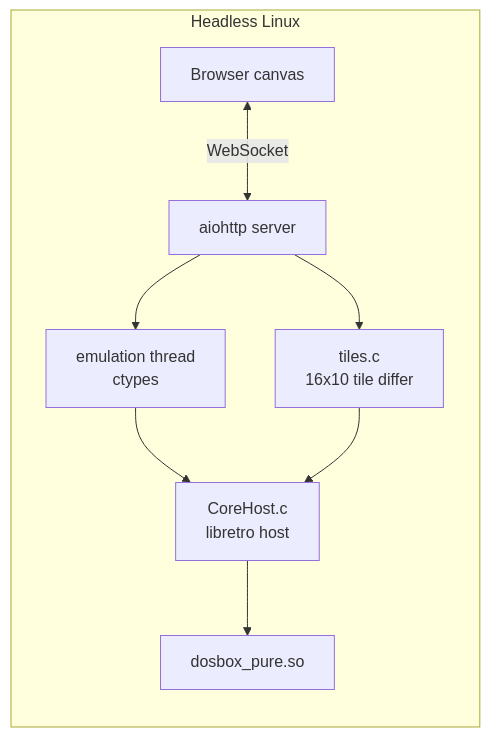
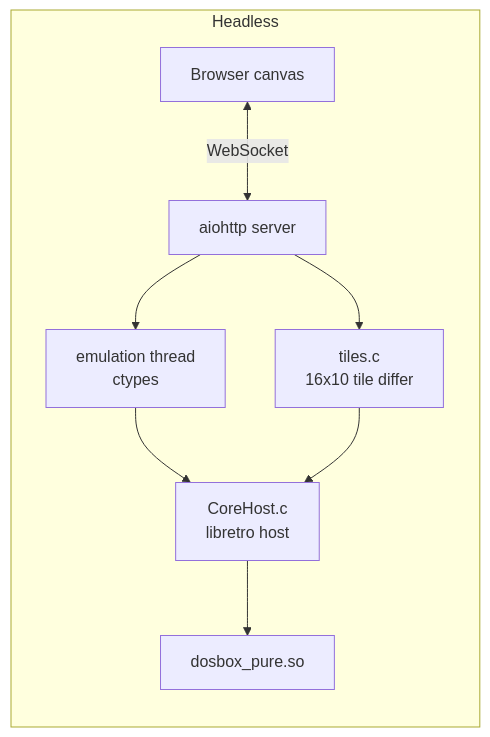
Before and after one commit to LYMDLUT/jy-crpg-bench: the third of 3 diagrams in README.md, drawn with Mermaid. The commit also changed other lines of this file and 3 other files, not shown here.

````diff
--- a/README.md
+++ b/README.md
@@ -138,12 +306,12 @@
 ```mermaid
 flowchart LR
-    subgraph web["Headless Linux"]
+    subgraph web["Headless"]
         direction TB
         BR[Browser canvas] <-->|WebSocket| WS[aiohttp server]
         WS --> TD[tiles.c<br/>16x10 tile differ]
         WS --> WE[emulation thread<br/>ctypes]
         WE --> WC[CoreHost.c<br/>libretro host]
         TD --> WC
         WC --> DP2[dosbox_pure.so]
     end
 ```
````
